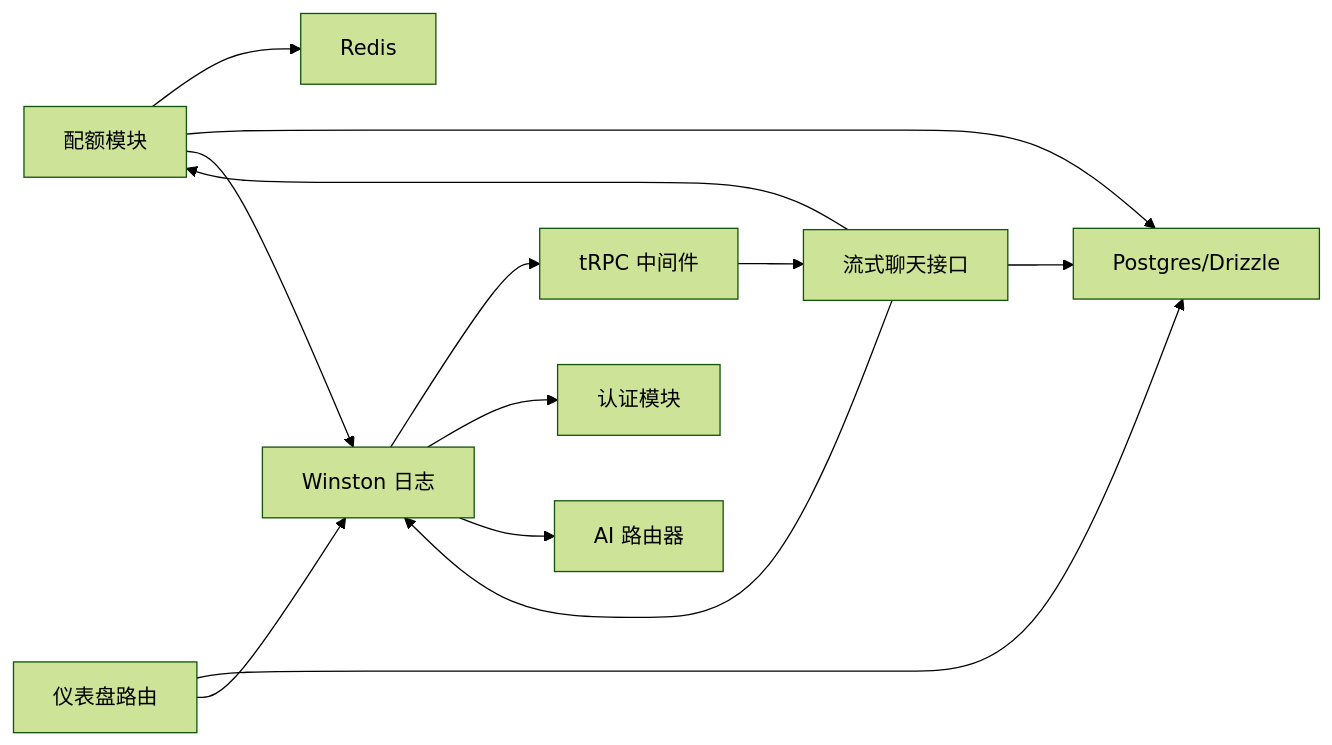
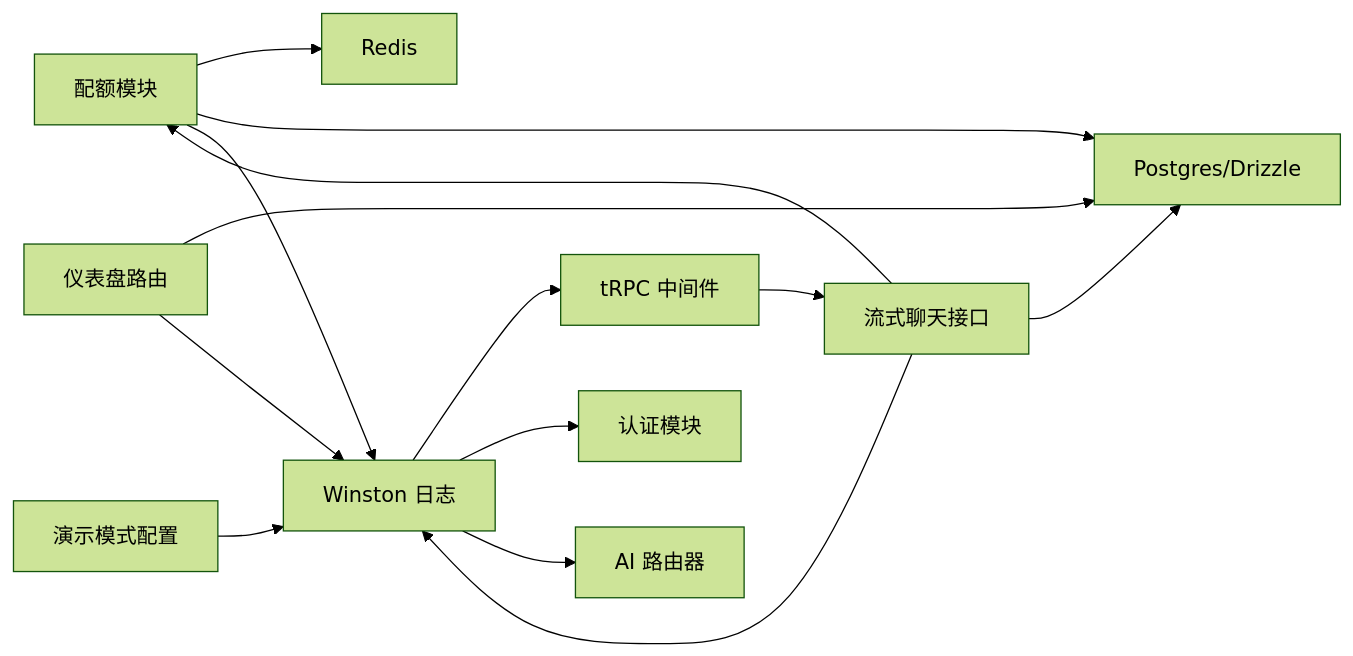
Before and after one commit to RadiumAg/AIGate: the seventh of 7 diagrams in .qoder/repowiki/zh/content/配置与部署/监控与日志管理.md, drawn with Mermaid (forest theme). The commit also changed other lines of this file and 9 other files, not shown here.

````diff
--- a/.qoder/repowiki/zh/content/配置与部署/监控与日志管理.md
+++ b/.qoder/repowiki/zh/content/配置与部署/监控与日志管理.md
@@ -399,15 +477,16 @@
 ```mermaid
 graph LR
 QUOTA["配额模块"] --> REDIS["Redis"]
 QUOTA --> DB["Postgres/Drizzle"]
 QUOTA --> LOGGER["Winston 日志"]
+DEMOMODE["演示模式配置"] --> LOGGER
 DASH["仪表盘路由"] --> DB
 DASH --> LOGGER
 STREAM["流式聊天接口"] --> QUOTA
 STREAM --> DB
 STREAM --> LOGGER
 TRPC["tRPC 中间件"] --> STREAM
 LOGGER --> TRPC
 LOGGER --> AUTH["认证模块"]
 LOGGER --> AI["AI 路由器"]
 ```
````
